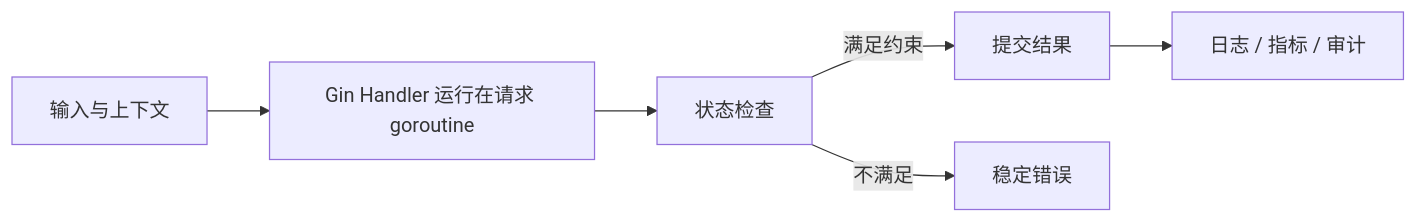
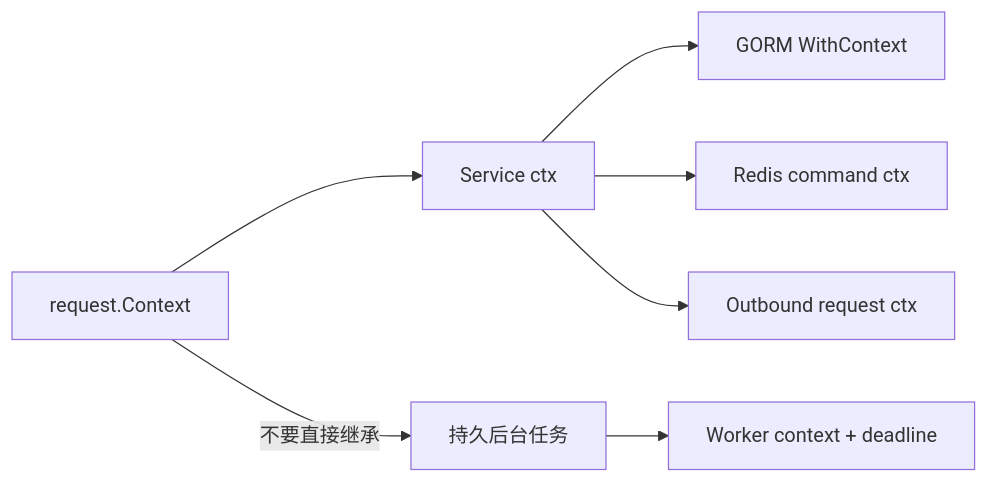
Before and after one commit to upJiang/jiang-blog-vitepress: the diagram in docs/backend/go-gin-context-concurrency.md, drawn with Mermaid. The commit also changed other lines of this file and 341 other files, not shown here.

````diff
--- a/docs/backend/go-gin-context-concurrency.md
+++ b/docs/backend/go-gin-context-concurrency.md
@@ -35,8 +63,9 @@
 ```mermaid
 flowchart LR
-  A[输入与上下文] --> B[Gin Handler 运行在请求 goroutine]
-  B --> C[状态检查]
-  C -->|满足约束| D[提交结果]
-  C -->|不满足| E[稳定错误]
-  D --> F[日志 / 指标 / 审计]
+  HTTP[request.Context] --> SVC[Service ctx]
+  SVC --> DB[GORM WithContext]
+  SVC --> REDIS[Redis command ctx]
+  SVC --> HTTP2[Outbound request ctx]
+  HTTP -->|不要直接继承| BG[持久后台任务]
+  BG --> WCTX[Worker context + deadline]
 ```
````
